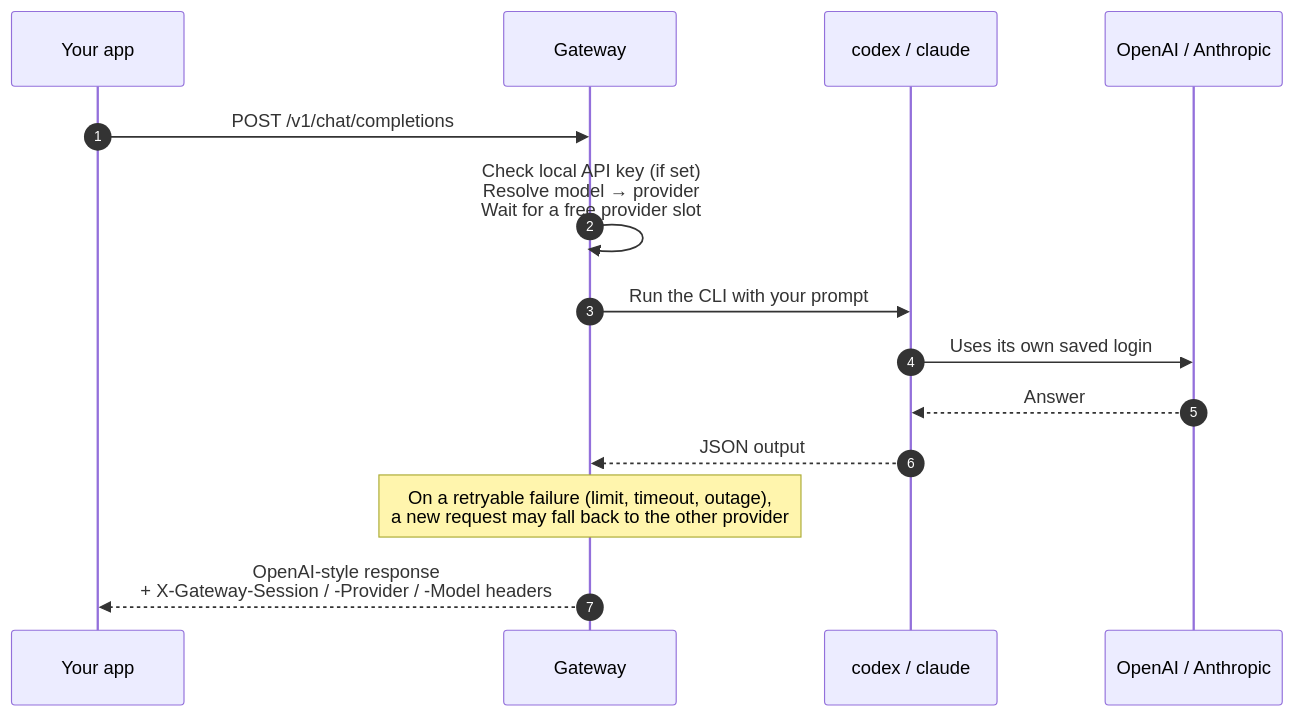
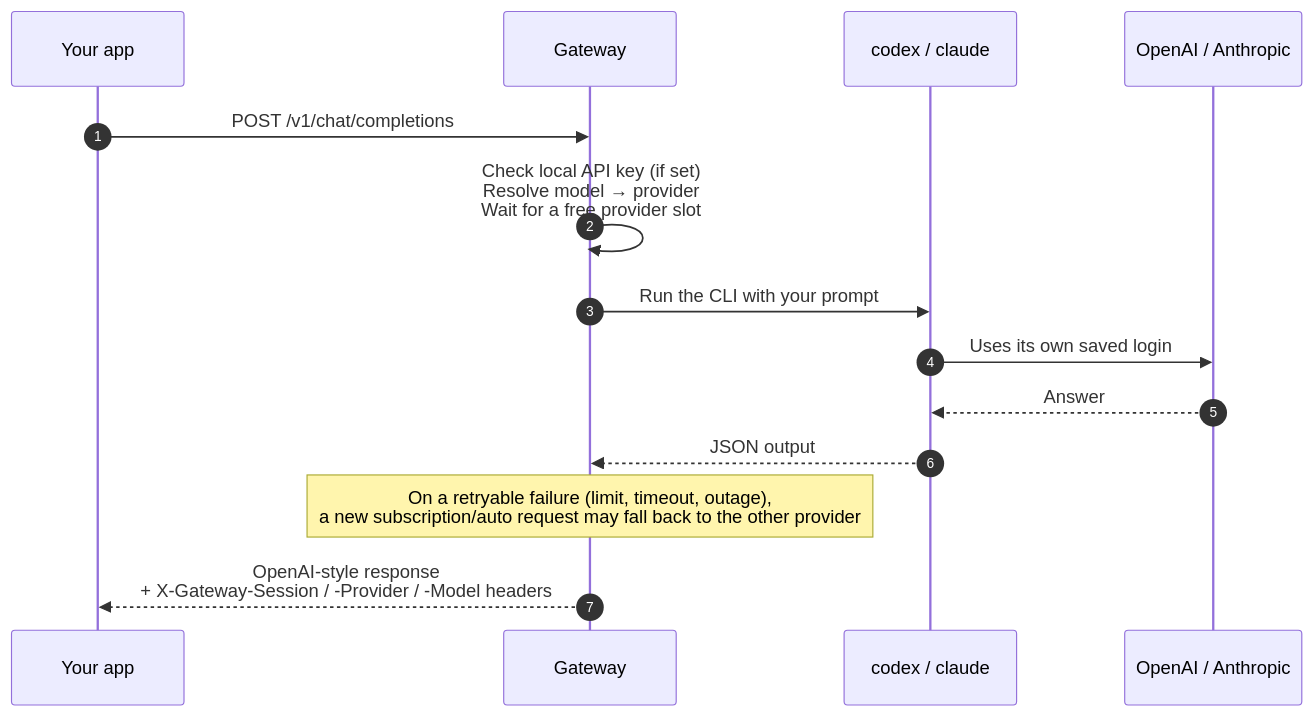
One commit to chrysogonus/subscription-gateway changed the second of 2 diagrams in README.md. Above: the diagram before and after it, drawn with Mermaid. The commit also changed other lines of this file and 17 other files, not shown here.

Commit message:
feat: structured output; named models no longer fall back

````diff
--- a/README.md
+++ b/README.md
@@ -108,16 +108,16 @@
 ```mermaid
 sequenceDiagram
     autonumber
     participant App as Your app
     participant GW as Gateway
     participant CLI as codex / claude
     participant Cloud as OpenAI / Anthropic
     App->>GW: POST /v1/chat/completions
     GW->>GW: Check local API key (if set)<br/>Resolve model → provider<br/>Wait for a free provider slot
     GW->>CLI: Run the CLI with your prompt
     CLI->>Cloud: Uses its own saved login
     Cloud-->>CLI: Answer
     CLI-->>GW: JSON output
-    Note over GW: On a retryable failure (limit, timeout, outage),<br/>a new request may fall back to the other provider
+    Note over GW: On a retryable failure (limit, timeout, outage),<br/>a new subscription/auto request may fall back to the other provider
     GW-->>App: OpenAI-style response<br/>+ X-Gateway-Session / -Provider / -Model headers
 ```
````
